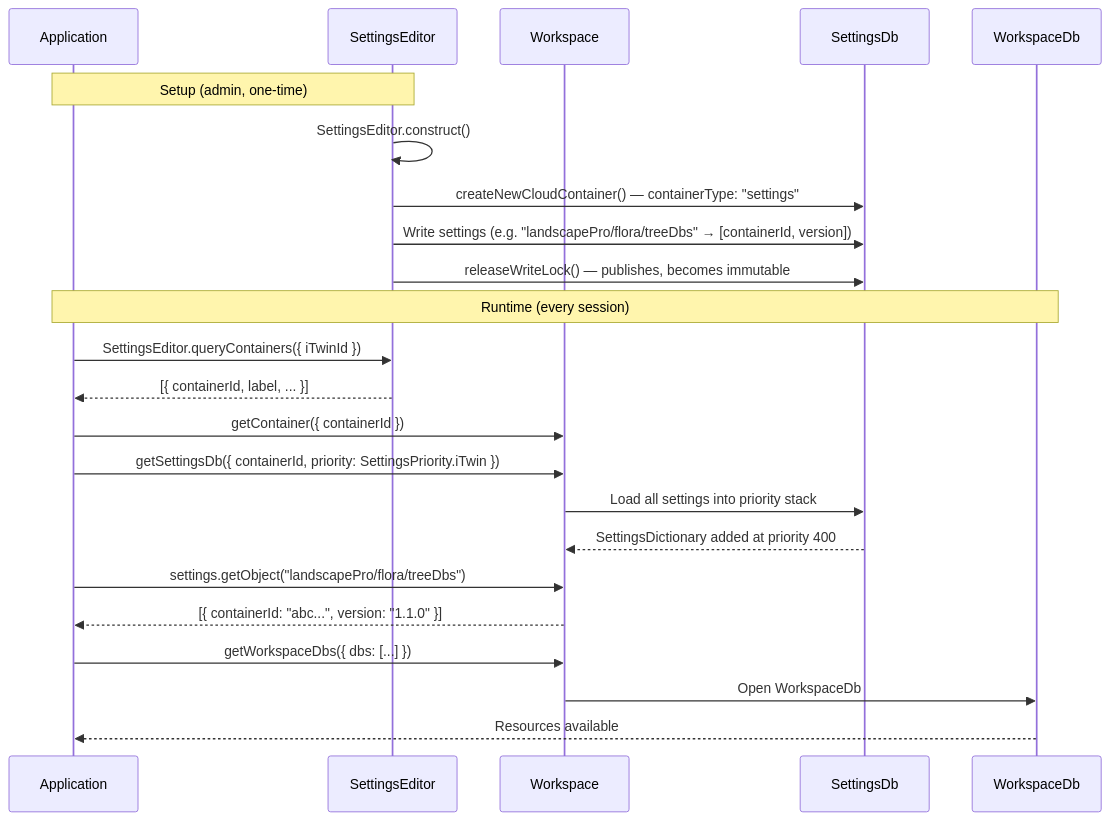
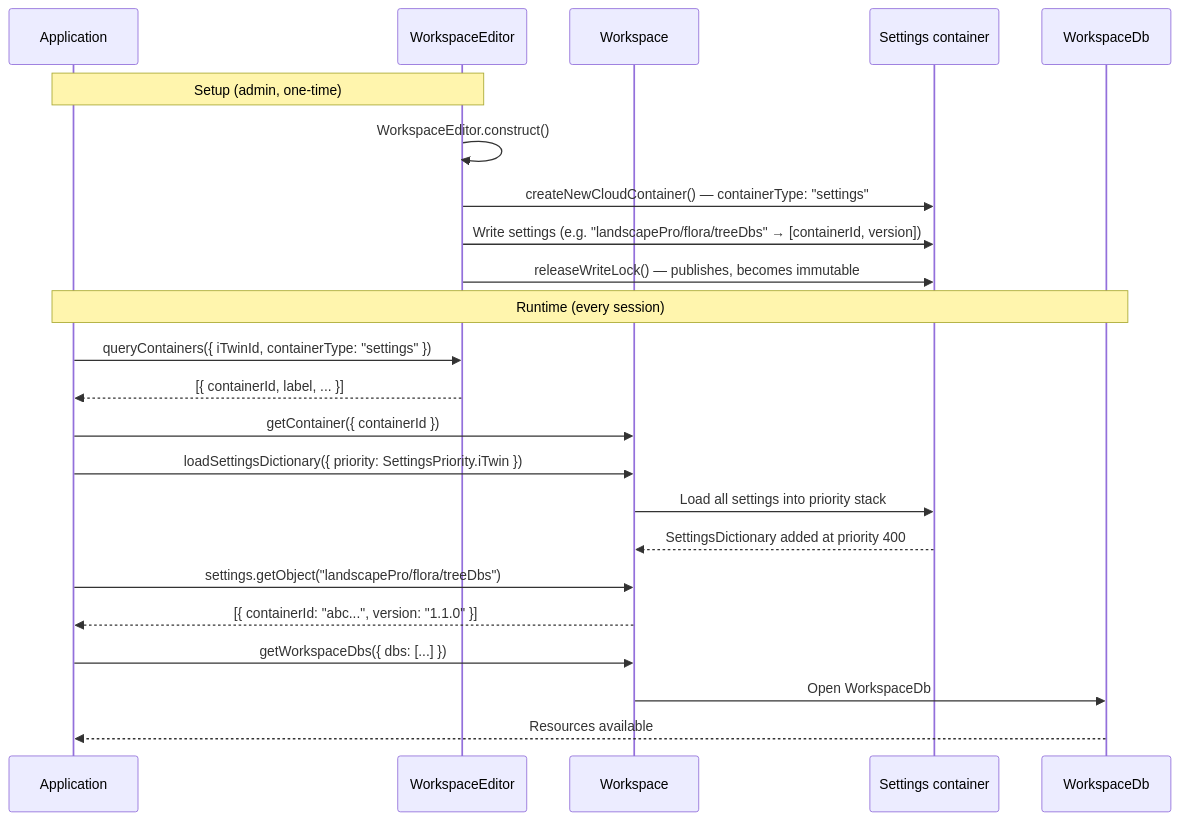
One commit to iTwin/itwinjs-core changed the second of 4 diagrams in docs/learning/backend/WorkspacesAndSettings.md. Above: the diagram before and after it, drawn with Mermaid. The commit also changed other lines of this file and 3 other files, not shown here.

First line of the commit message:
Replace SettingsDb with 'settings container' across learning docs

````diff
--- a/docs/learning/backend/WorkspacesAndSettings.md
+++ b/docs/learning/backend/WorkspacesAndSettings.md
@@ -56,27 +58,27 @@
 ```mermaid
 sequenceDiagram
     participant App as Application
-    participant SE as SettingsEditor
+    participant WE as WorkspaceEditor
     participant W as Workspace
-    participant SDB as SettingsDb
+    participant SC as Settings container
     participant WDB as WorkspaceDb
 
-    Note over App,SE: Setup (admin, one-time)
-    SE->>SE: SettingsEditor.construct()
-    SE->>SDB: createNewCloudContainer() — containerType: "settings"
-    SE->>SDB: Write settings (e.g. "landscapePro/flora/treeDbs" → [containerId, version])
-    SE->>SDB: releaseWriteLock() — publishes, becomes immutable
+    Note over App,WE: Setup (admin, one-time)
+    WE->>WE: WorkspaceEditor.construct()
+    WE->>SC: createNewCloudContainer() — containerType: "settings"
+    WE->>SC: Write settings (e.g. "landscapePro/flora/treeDbs" → [containerId, version])
+    WE->>SC: releaseWriteLock() — publishes, becomes immutable
 
     Note over App,WDB: Runtime (every session)
-    App->>SE: SettingsEditor.queryContainers({ iTwinId })
-    SE-->>App: [{ containerId, label, ... }]
+    App->>WE: queryContainers({ iTwinId, containerType: "settings" })
+    WE-->>App: [{ containerId, label, ... }]
     App->>W: getContainer({ containerId })
-    App->>W: getSettingsDb({ containerId, priority: SettingsPriority.iTwin })
-    W->>SDB: Load all settings into priority stack
-    SDB-->>W: SettingsDictionary added at priority 400
+    App->>W: loadSettingsDictionary({ priority: SettingsPriority.iTwin })
+    W->>SC: Load all settings into priority stack
+    SC-->>W: SettingsDictionary added at priority 400
     App->>W: settings.getObject("landscapePro/flora/treeDbs")
     W-->>App: [{ containerId: "abc...", version: "1.1.0" }]
     App->>W: getWorkspaceDbs({ dbs: [...] })
     W->>WDB: Open WorkspaceDb
     WDB-->>App: Resources available
 ```
````
